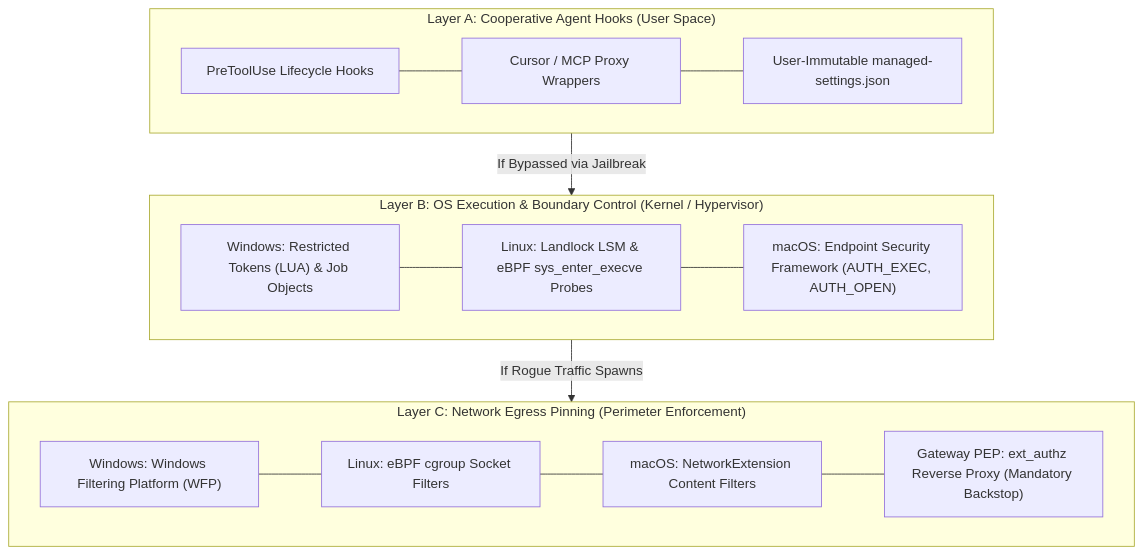
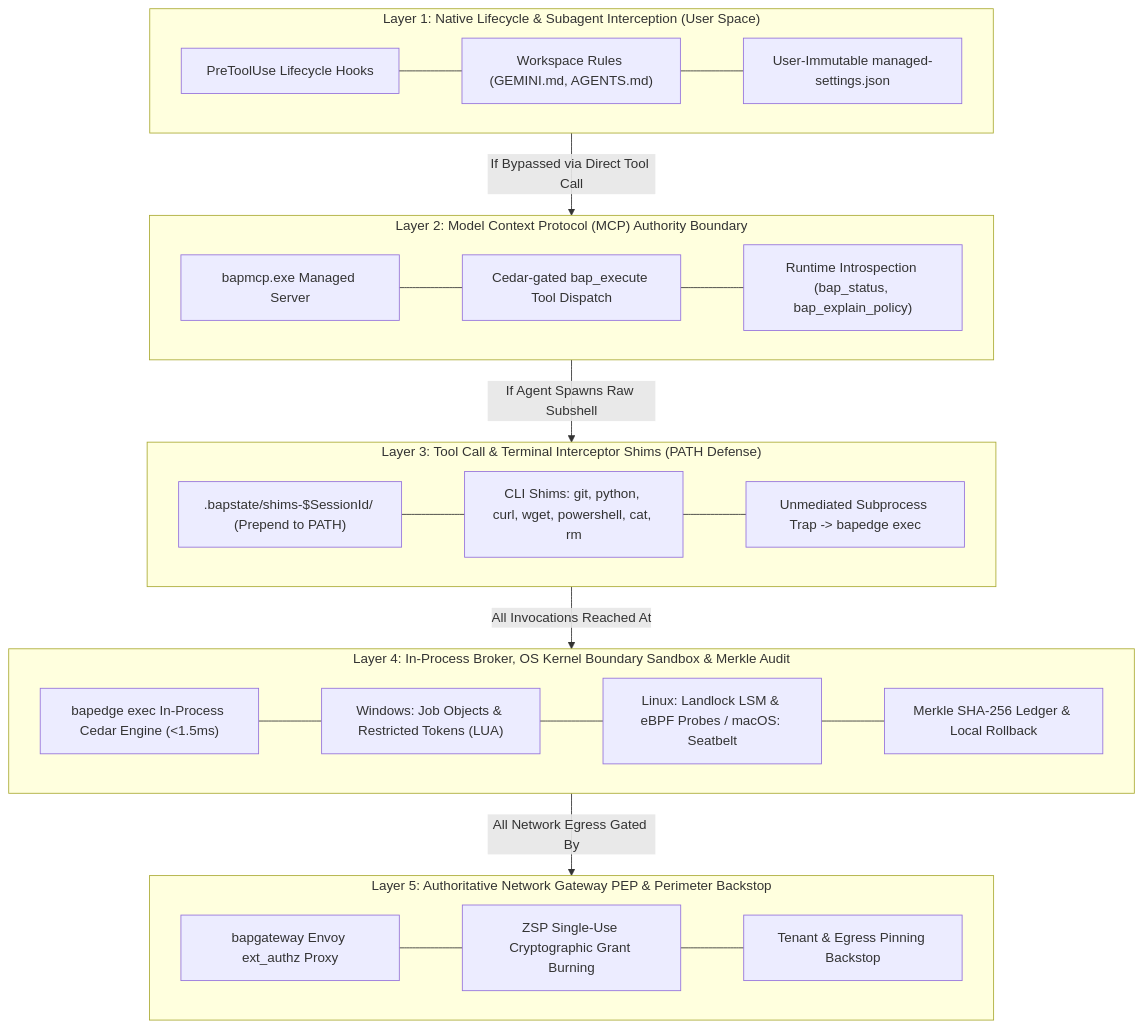
The sixth of 11 diagrams in ARCHITECTURE.md (anandbap/bapltd), drawn with Mermaid before and after one commit. The commit also changed other lines of this file and 25 other files, not shown here.

Commit message:
layer 5 defense

````diff
--- a/ARCHITECTURE.md
+++ b/ARCHITECTURE.md
@@ -553,27 +553,43 @@
 ```mermaid
 graph TD
-    subgraph LayerA ["Layer A: Cooperative Agent Hooks (User Space)"]
+    subgraph Layer1 ["Layer 1: Native Lifecycle & Subagent Interception (User Space)"]
         H1["PreToolUse Lifecycle Hooks"]
-        H2["Cursor / MCP Proxy Wrappers"]
+        H2["Workspace Rules (GEMINI.md, AGENTS.md)"]
         H3["User-Immutable managed-settings.json"]
         H1 --- H2 --- H3
     end
 
-    subgraph LayerB ["Layer B: OS Execution & Boundary Control (Kernel / Hypervisor)"]
-        K1["Windows: Restricted Tokens (LUA) & Job Objects"]
-        K2["Linux: Landlock LSM & eBPF sys_enter_execve Probes"]
-        K3["macOS: Endpoint Security Framework (AUTH_EXEC, AUTH_OPEN)"]
-        K1 --- K2 --- K3
+    subgraph Layer2 ["Layer 2: Model Context Protocol (MCP) Authority Boundary"]
+        M1["bapmcp.exe Managed Server"]
+        M2["Cedar-gated bap_execute Tool Dispatch"]
+        M3["Runtime Introspection (bap_status, bap_explain_policy)"]
+        M1 --- M2 --- M3
     end
 
-    subgraph LayerC ["Layer C: Network Egress Pinning (Perimeter Enforcement)"]
-        N1["Windows: Windows Filtering Platform (WFP)"]
-        N2["Linux: eBPF cgroup Socket Filters"]
-        N3["macOS: NetworkExtension Content Filters"]
-        N4["Gateway PEP: ext_authz Reverse Proxy (Mandatory Backstop)"]
-        N1 --- N2 --- N3 --- N4
+    subgraph Layer3 ["Layer 3: Tool Call & Terminal Interceptor Shims (PATH Defense)"]
+        S1[".bapstate/shims-$SessionId/ (Prepend to PATH)"]
+        S2["CLI Shims: git, python, curl, wget, powershell, cat, rm"]
+        S3["Unmediated Subprocess Trap -> bapedge exec"]
+        S1 --- S2 --- S3
     end
 
-    LayerA -->|If Bypassed via Jailbreak| LayerB
-    LayerB -->|If Rogue Traffic Spawns| LayerC
+    subgraph Layer4 ["Layer 4: In-Process Broker, OS Kernel Boundary Sandbox & Merkle Audit"]
+        K1["bapedge exec In-Process Cedar Engine (<1.5ms)"]
+        K2["Windows: Job Objects & Restricted Tokens (LUA)"]
+        K3["Linux: Landlock LSM & eBPF Probes / macOS: Seatbelt"]
+        K4["Merkle SHA-256 Ledger & Local Rollback"]
+        K1 --- K2 --- K3 --- K4
+    end
+
+    subgraph Layer5 ["Layer 5: Authoritative Network Gateway PEP & Perimeter Backstop"]
+        G1["bapgateway Envoy ext_authz Proxy"]
+        G2["ZSP Single-Use Cryptographic Grant Burning"]
+        G3["Tenant & Egress Pinning Backstop"]
+        G1 --- G2 --- G3
+    end
+
+    Layer1 -->|If Bypassed via Direct Tool Call| Layer2
+    Layer2 -->|If Agent Spawns Raw Subshell| Layer3
+    Layer3 -->|All Invocations Reached At| Layer4
+    Layer4 -->|All Network Egress Gated By| Layer5
 ```
````
